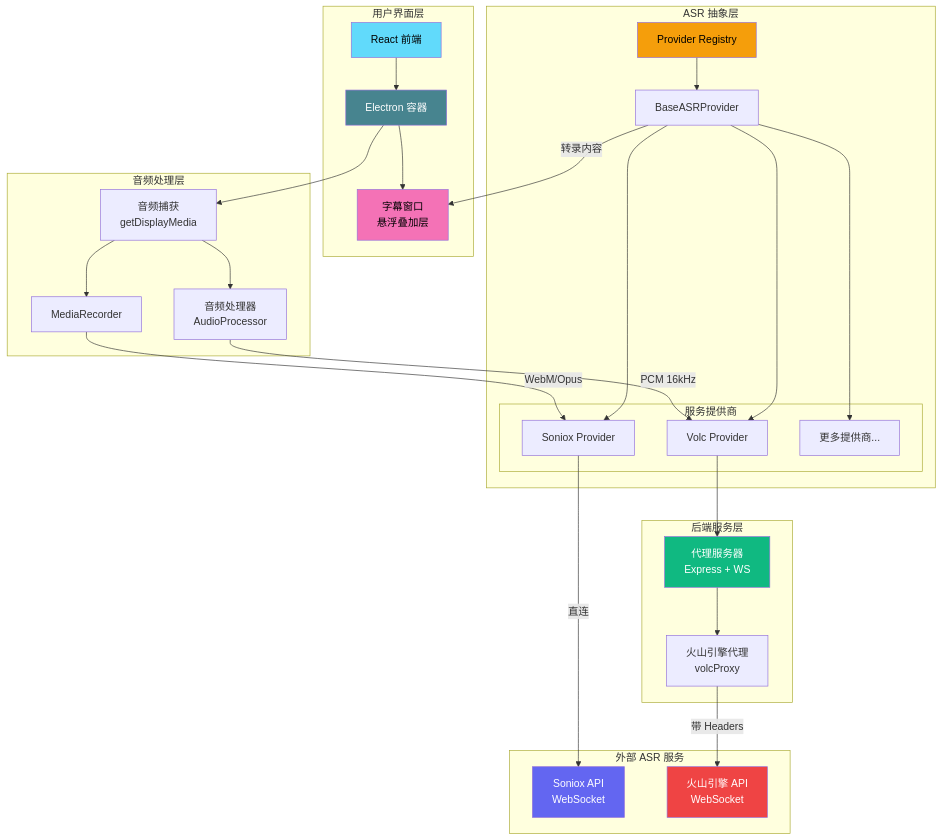
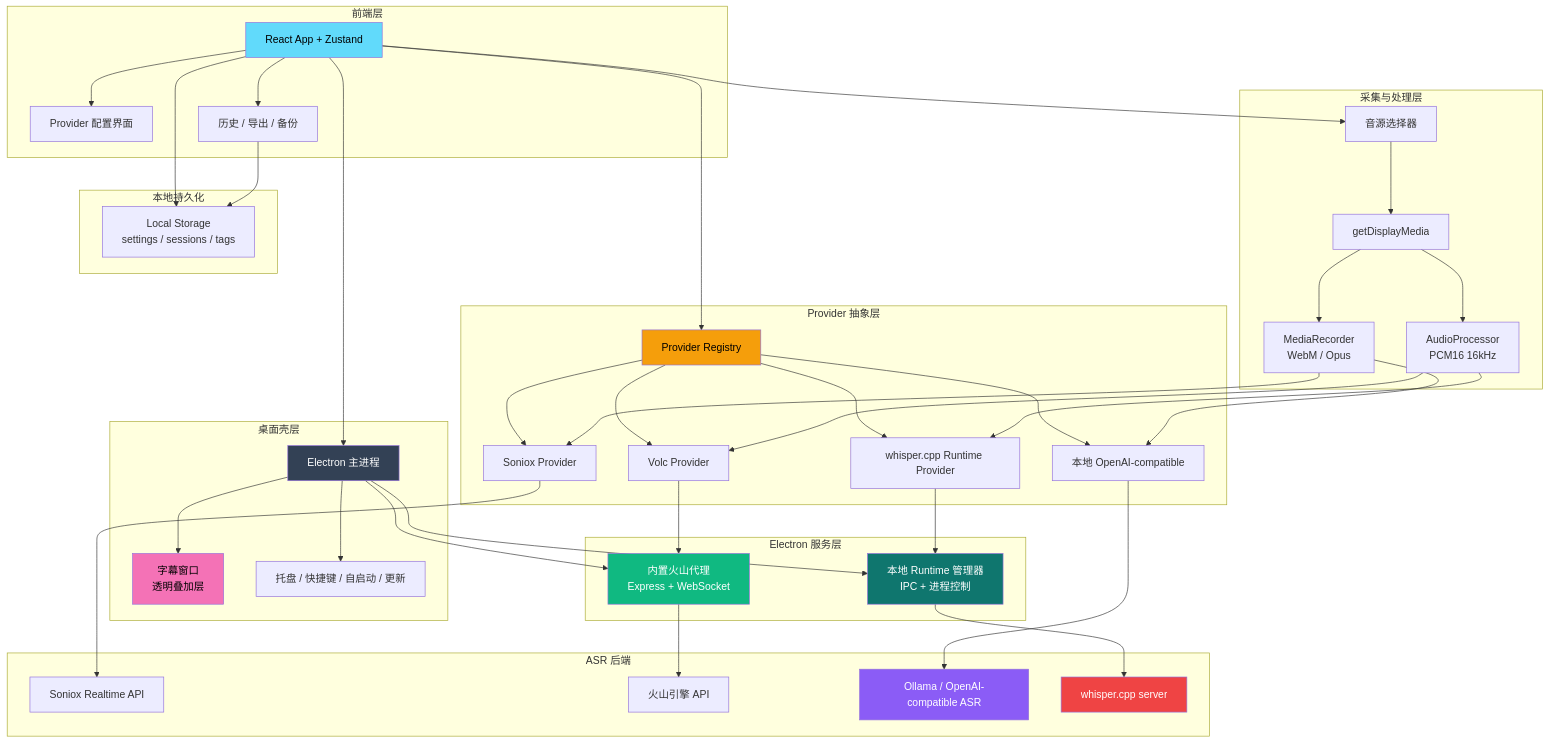
The diagram in README_ZH.md (XimilalaXiang/DeLive), drawn with Mermaid before and after one commit. The commit also changed other lines of this file and 4 other files, not shown here.

````diff
--- a/README_ZH.md
+++ b/README_ZH.md
@@ -59,64 +41,87 @@
 ```mermaid
 graph TB
-    subgraph "用户界面层"
-        UI[React 前端]
-        EC[Electron 容器]
-        CW[字幕窗口<br/>悬浮叠加层]
+    subgraph "桌面壳层"
+        EM[Electron 主进程]
+        CAP[字幕窗口<br/>透明叠加层]
+        DESK[托盘 / 快捷键 / 自启动 / 更新]
     end
-    
-    subgraph "音频处理层"
-        AC[音频捕获<br/>getDisplayMedia]
-        AP[音频处理器<br/>AudioProcessor]
-        MR[MediaRecorder]
+
+    subgraph "前端层"
+        UI[React App + Zustand]
+        CFG[Provider 配置界面]
+        HIS[历史 / 导出 / 备份]
     end
-    
-    subgraph "ASR 抽象层"
-        PR[Provider Registry]
-        BP[BaseASRProvider]
-        
-        subgraph "服务提供商"
-            SP[Soniox Provider]
-            VP[Volc Provider]
-            MP[更多提供商...]
-        end
+
+    subgraph "采集与处理层"
+        SRC[音源选择器]
+        GDM[getDisplayMedia]
+        MR[MediaRecorder<br/>WebM / Opus]
+        AP[AudioProcessor<br/>PCM16 16kHz]
     end
-    
-    subgraph "后端服务层"
-        PS[代理服务器<br/>Express + WS]
-        VC[火山引擎代理<br/>volcProxy]
+
+    subgraph "Provider 抽象层"
+        REG[Provider Registry]
+        SON[Soniox Provider]
+        VOL[Volc Provider]
+        LOA[本地 OpenAI-compatible]
+        WCP[whisper.cpp Runtime Provider]
     end
-    
-    subgraph "外部 ASR 服务"
-        SONIOX[Soniox API<br/>WebSocket]
-        VOLC[火山引擎 API<br/>WebSocket]
+
+    subgraph "Electron 服务层"
+        PROXY[内置火山代理<br/>Express + WebSocket]
+        RTM[本地 Runtime 管理器<br/>IPC + 进程控制]
     end
-    
-    UI --> EC
-    EC --> AC
-    EC --> CW
-    AC --> AP
-    AC --> MR
-    
-    AP -->|PCM 16kHz| VP
-    MR -->|WebM/Opus| SP
-    
-    PR --> BP
-    BP --> SP
-    BP --> VP
-    BP --> MP
-    
-    SP -->|直连| SONIOX
-    VP --> PS
-    PS --> VC
-    VC -->|带 Headers| VOLC
-    
-    BP -->|转录内容| CW
-    
+
+    subgraph "ASR 后端"
+        SONIOX[Soniox Realtime API]
+        VOLC[火山引擎 API]
+        OPENAI[Ollama / OpenAI-compatible ASR]
+        WHISPER[whisper.cpp server]
+    end
+
+    subgraph "本地持久化"
+        STORE[Local Storage<br/>settings / sessions / tags]
+    end
+
+    UI --> CFG
+    UI --> HIS
+    UI --> SRC
+    SRC --> GDM
+    GDM --> MR
+    GDM --> AP
+
+    UI --> REG
+    REG --> SON
+    REG --> VOL
+    REG --> LOA
+    REG --> WCP
+
+    MR --> SON
+    MR --> LOA
+    AP --> VOL
+    AP --> WCP
+
+    SON --> SONIOX
+    VOL --> PROXY
+    PROXY --> VOLC
+    LOA --> OPENAI
+    WCP --> RTM
+    RTM --> WHISPER
+
+    UI --> STORE
+    HIS --> STORE
+    UI --> EM
+    EM --> CAP
+    EM --> PROXY
+    EM --> RTM
+    EM --> DESK
+
     style UI fill:#61dafb,color:#000
-    style EC fill:#47848f,color:#fff
-    style CW fill:#f472b6,color:#000
-    style PR fill:#f59e0b,color:#000
-    style PS fill:#10b981,color:#fff
-    style SONIOX fill:#6366f1,color:#fff
-    style VOLC fill:#ef4444,color:#fff
+    style EM fill:#334155,color:#fff
+    style CAP fill:#f472b6,color:#000
+    style REG fill:#f59e0b,color:#000
+    style PROXY fill:#10b981,color:#fff
+    style RTM fill:#0f766e,color:#fff
+    style OPENAI fill:#8b5cf6,color:#fff
+    style WHISPER fill:#ef4444,color:#fff
 ```
````
